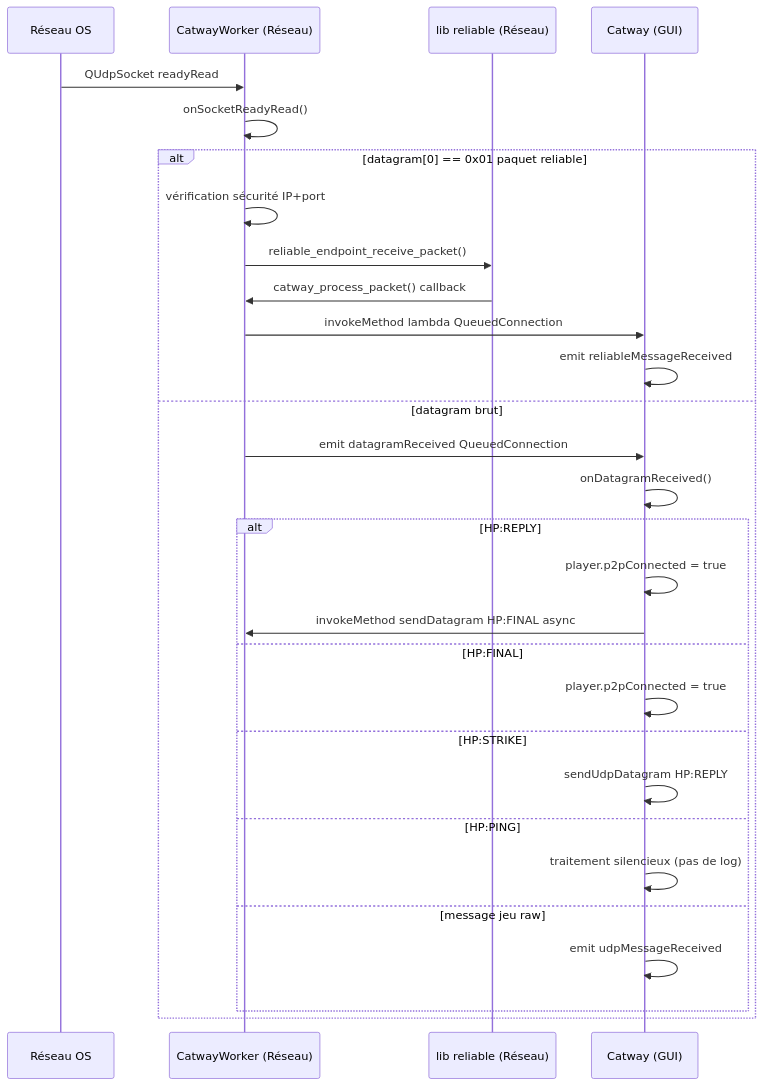
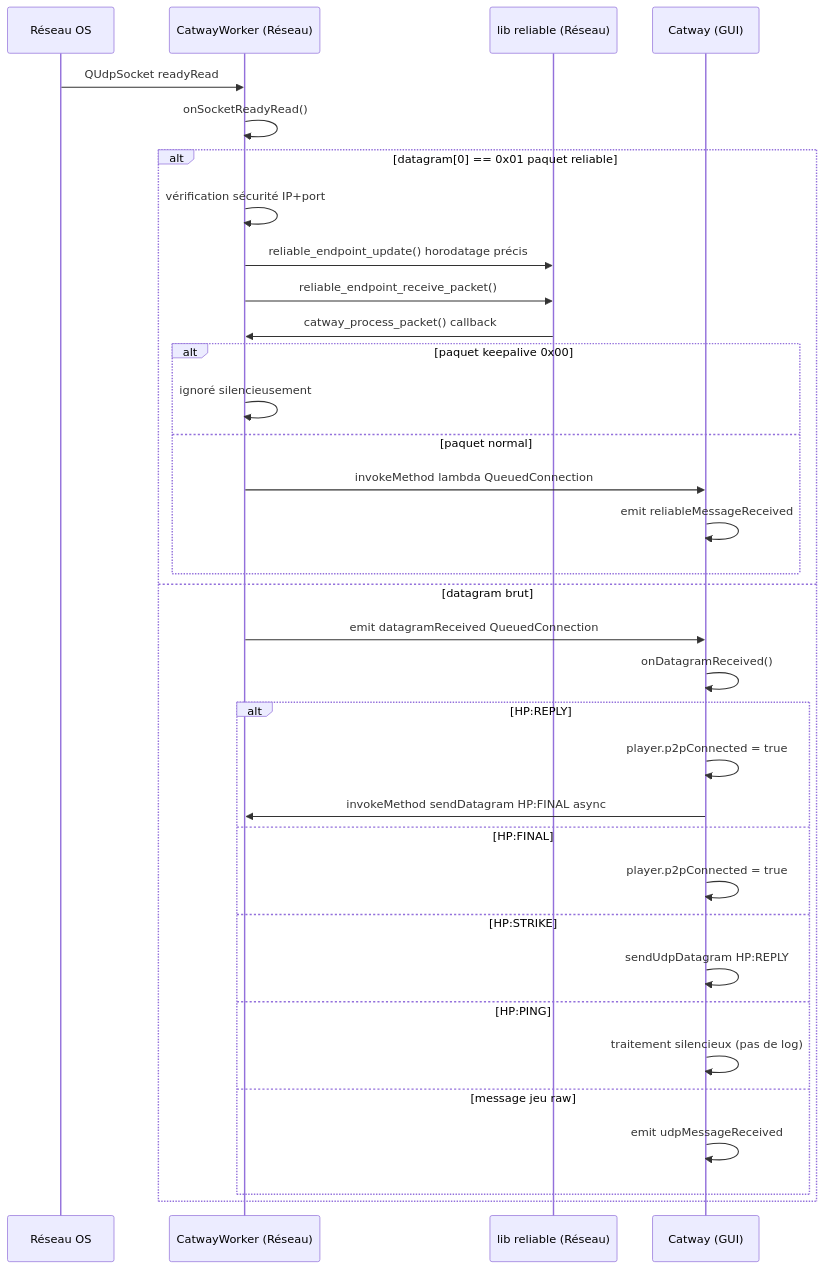
Before and after one commit to antoinnneee/meownopoly: the third of 6 diagrams in Meownopoly/doc/architecture/CATWAY_ARCHITECTURE.md, drawn with Mermaid. The commit also changed other lines of this file and 6 other files, not shown here.

First line of the commit message:
Add keepalive ACKs, tune reliable buffers

````diff
--- a/Meownopoly/doc/architecture/CATWAY_ARCHITECTURE.md
+++ b/Meownopoly/doc/architecture/CATWAY_ARCHITECTURE.md
@@ -214,32 +223,37 @@
 ```mermaid
 sequenceDiagram
     participant Net as Réseau OS
     participant Worker as CatwayWorker (Réseau)
     participant Lib as lib reliable (Réseau)
     participant Catway as Catway (GUI)
 
     Net->>Worker: QUdpSocket readyRead
     Worker->>Worker: onSocketReadyRead()
     alt datagram[0] == 0x01 paquet reliable
         Worker->>Worker: vérification sécurité IP+port
+        Worker->>Lib: reliable_endpoint_update() horodatage précis
         Worker->>Lib: reliable_endpoint_receive_packet()
         Lib->>Worker: catway_process_packet() callback
-        Worker->>Catway: invokeMethod lambda QueuedConnection
-        Catway->>Catway: emit reliableMessageReceived
+        alt paquet keepalive 0x00
+            Worker->>Worker: ignoré silencieusement
+        else paquet normal
+            Worker->>Catway: invokeMethod lambda QueuedConnection
+            Catway->>Catway: emit reliableMessageReceived
+        end
     else datagram brut
         Worker->>Catway: emit datagramReceived QueuedConnection
         Catway->>Catway: onDatagramReceived()
         alt HP:REPLY
             Catway->>Catway: player.p2pConnected = true
             Catway->>Worker: invokeMethod sendDatagram HP:FINAL async
         else HP:FINAL
             Catway->>Catway: player.p2pConnected = true
         else HP:STRIKE
             Catway->>Catway: sendUdpDatagram HP:REPLY
         else HP:PING
             Catway->>Catway: traitement silencieux (pas de log)
         else message jeu raw
             Catway->>Catway: emit udpMessageReceived
         end
     end
 ```
````
